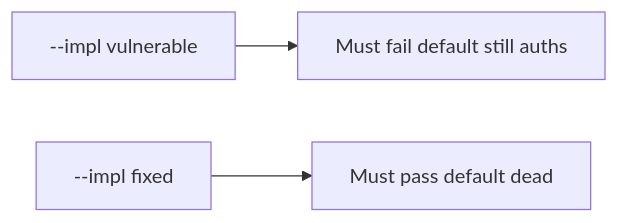
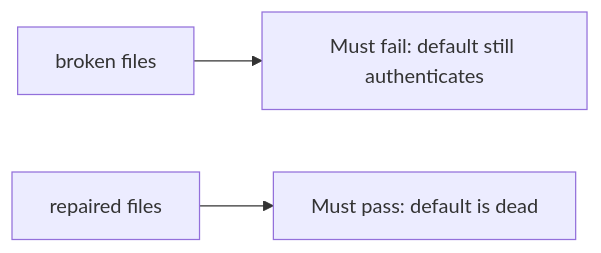
The diagram in content/modules/5/5.3/lessons/05-verify.md (ishitvagoel/LearnSecurity), drawn with Mermaid before and after one commit. The commit also changed other lines of this file and 39 other files, not shown here.

````diff
--- a/content/modules/5/5.3/lessons/05-verify.md
+++ b/content/modules/5/5.3/lessons/05-verify.md
@@ -15,5 +14,5 @@
 ```mermaid
 flowchart LR
-  V["--impl vulnerable"] --> F["Must fail default still auths"]
-  X["--impl fixed"] --> P["Must pass default dead"]
+  V["broken files"] --> F["Must fail: default still authenticates"]
+  X["repaired files"] --> P["Must pass: default is dead"]
 ```
````
